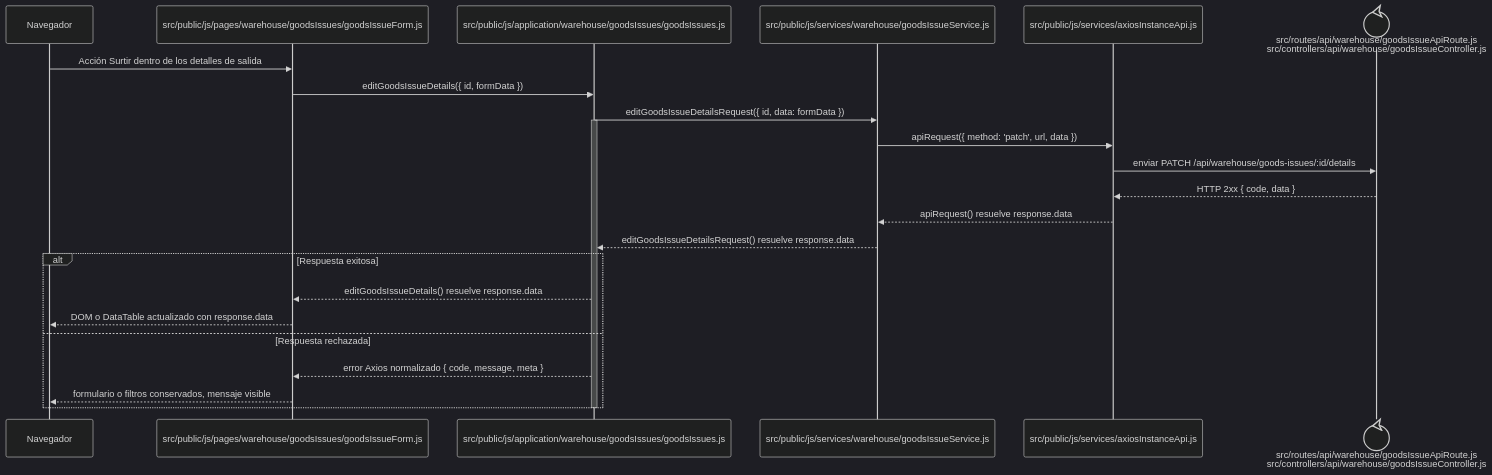
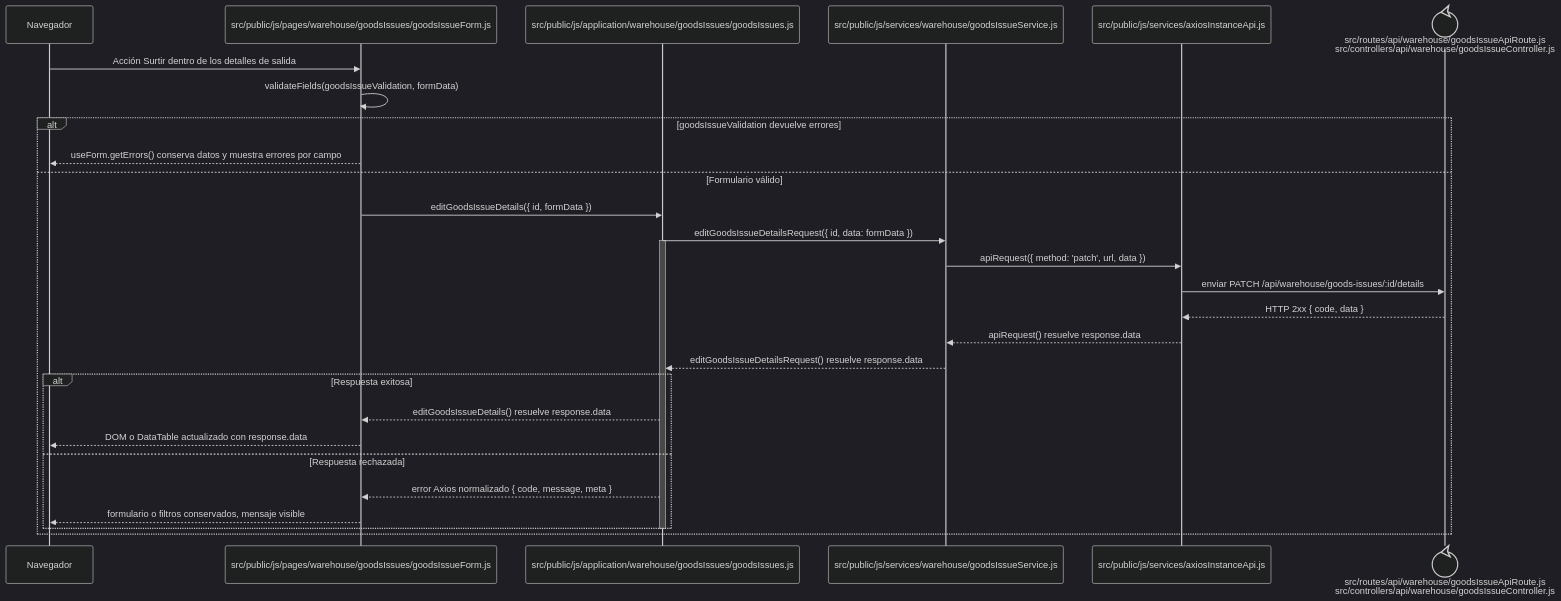
The diagram in docs/architecture/frontend-code-sequences/issues/cu-sal-05.md (gpgsistemas01/nexus), drawn with Mermaid (dark theme) before and after one commit. The commit also changed 102 other files, not shown here.

````diff
--- a/docs/architecture/frontend-code-sequences/issues/cu-sal-05.md
+++ b/docs/architecture/frontend-code-sequences/issues/cu-sal-05.md
@@ -6,27 +6,32 @@
 ```mermaid
 sequenceDiagram
     participant Browser as Navegador
     participant View as src/public/js/pages/warehouse/goodsIssues/goodsIssueForm.js
     participant Application as src/public/js/application/warehouse/goodsIssues/goodsIssues.js
     participant Request as src/public/js/services/warehouse/goodsIssueService.js
     participant HTTP as src/public/js/services/axiosInstanceApi.js
     participant Transport@{ "type": "control" } as src/routes/api/warehouse/goodsIssueApiRoute.js<br/>src/controllers/api/warehouse/goodsIssueController.js
 
     Browser->>View: Acción Surtir dentro de los detalles de salida
-    View->>Application: editGoodsIssueDetails({ id, formData })
-    Application->>Request: editGoodsIssueDetailsRequest({ id, data: formData })
-    activate Application
-    Request->>HTTP: apiRequest({ method: 'patch', url, data })
-    HTTP->>Transport: enviar PATCH /api/warehouse/goods-issues/:id/details
-    Transport-->>HTTP: HTTP 2xx { code, data }
-    HTTP-->>Request: apiRequest() resuelve response.data
-    Request-->>Application: editGoodsIssueDetailsRequest() resuelve response.data
-    alt Respuesta exitosa
-        Application-->>View: editGoodsIssueDetails() resuelve response.data
-        View-->>Browser: DOM o DataTable actualizado con response.data
-    else Respuesta rechazada
-        Application-->>View: error Axios normalizado { code, message, meta }
-        View-->>Browser: formulario o filtros conservados, mensaje visible
+    View->>View: validateFields(goodsIssueValidation, formData)
+    alt goodsIssueValidation devuelve errores
+        View-->>Browser: useForm.getErrors() conserva datos y muestra errores por campo
+    else Formulario válido
+        View->>Application: editGoodsIssueDetails({ id, formData })
+        Application->>Request: editGoodsIssueDetailsRequest({ id, data: formData })
+        activate Application
+        Request->>HTTP: apiRequest({ method: 'patch', url, data })
+        HTTP->>Transport: enviar PATCH /api/warehouse/goods-issues/:id/details
+        Transport-->>HTTP: HTTP 2xx { code, data }
+        HTTP-->>Request: apiRequest() resuelve response.data
+        Request-->>Application: editGoodsIssueDetailsRequest() resuelve response.data
+        alt Respuesta exitosa
+            Application-->>View: editGoodsIssueDetails() resuelve response.data
+            View-->>Browser: DOM o DataTable actualizado con response.data
+        else Respuesta rechazada
+            Application-->>View: error Axios normalizado { code, message, meta }
+            View-->>Browser: formulario o filtros conservados, mensaje visible
+        end
+        deactivate Application
     end
-    deactivate Application
 ```
````
